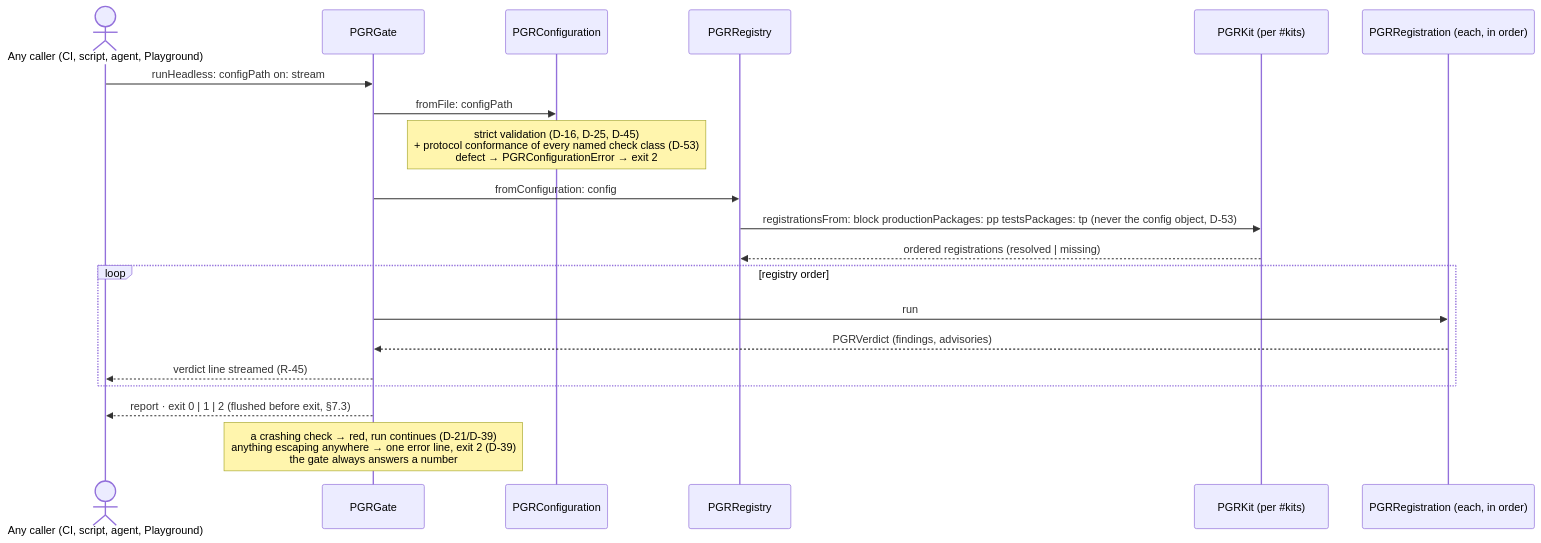
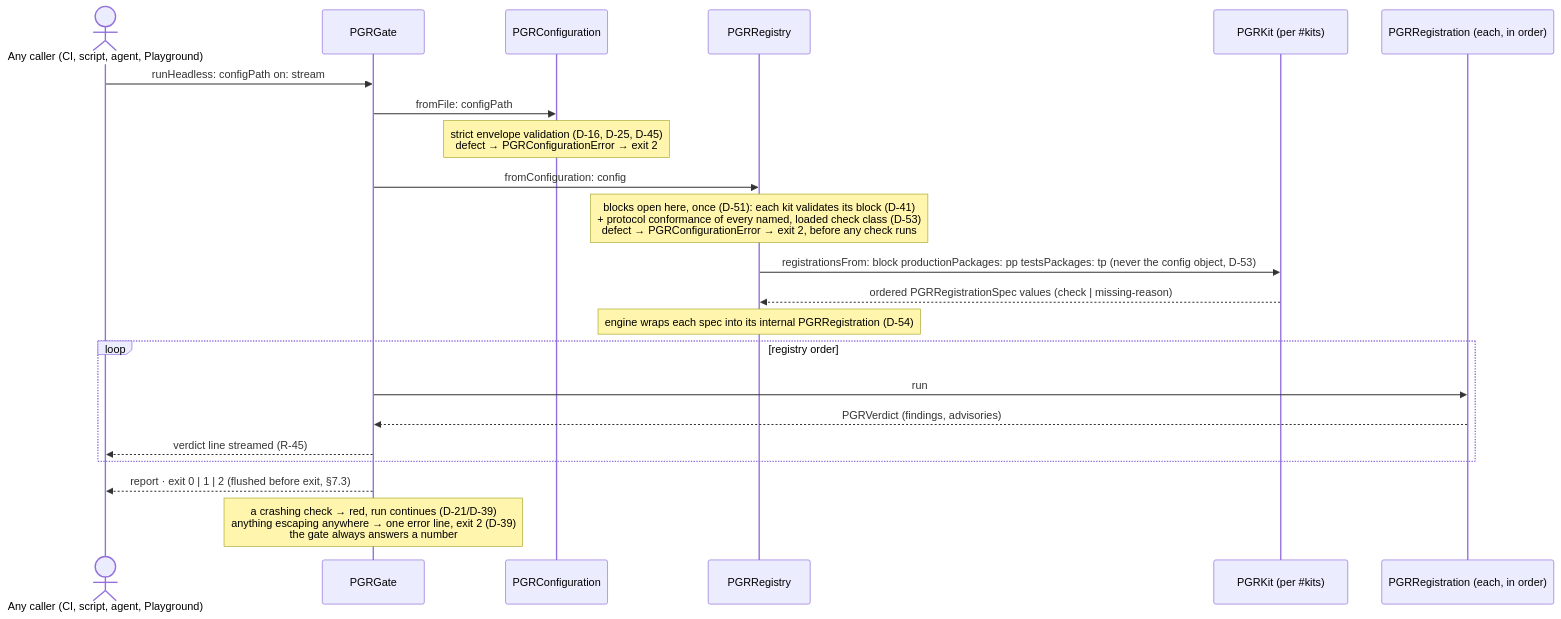
The second of 2 diagrams in plan/02-spec/00-architecture.md (mittcooper/phi-guardrails), drawn with Mermaid before and after one commit. The commit also changed other lines of this file and 17 other files, not shown here.

First line of the commit message:
Gate-2 freeze: validation arc, SDK architecture, naming split (D-55–D-57)

````diff
--- a/plan/02-spec/00-architecture.md
+++ b/plan/02-spec/00-architecture.md
@@ -180,22 +227,24 @@
 ```mermaid
 sequenceDiagram
     actor Caller as Any caller (CI, script, agent, Playground)
     participant G as PGRGate
     participant C as PGRConfiguration
     participant R as PGRRegistry
     participant K as PGRKit (per #35;kits)
     participant Reg as PGRRegistration (each, in order)
     Caller->>G: runHeadless: configPath on: stream
     G->>C: fromFile: configPath
-    Note over C: strict validation (D-16, D-25, D-45)<br/>+ protocol conformance of every named check class (D-53)<br/>defect → PGRConfigurationError → exit 2
+    Note over C: strict envelope validation (D-16, D-25, D-45)<br/>defect → PGRConfigurationError → exit 2
     G->>R: fromConfiguration: config
+    Note over R: blocks open here, once (D-51): each kit validates its block (D-41)<br/>+ protocol conformance of every named, loaded check class (D-53)<br/>defect → PGRConfigurationError → exit 2, before any check runs
     R->>K: registrationsFrom: block productionPackages: pp testsPackages: tp (never the config object, D-53)
-    K-->>R: ordered registrations (resolved | missing)
+    K-->>R: ordered PGRRegistrationSpec values (check | missing-reason)
+    Note over R: engine wraps each spec into its internal PGRRegistration (D-54)
     loop registry order
         G->>Reg: run
         Reg-->>G: PGRVerdict (findings, advisories)
         G-->>Caller: verdict line streamed (R-45)
     end
     G-->>Caller: report · exit 0 | 1 | 2 (flushed before exit, §7.3)
     Note over G: a crashing check → red, run continues (D-21/D-39)<br/>anything escaping anywhere → one error line, exit 2 (D-39)<br/>the gate always answers a number
 ```
````
